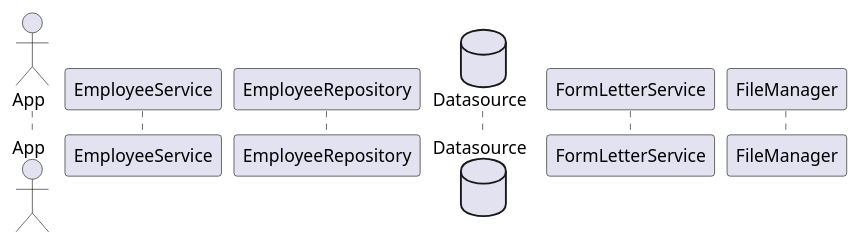
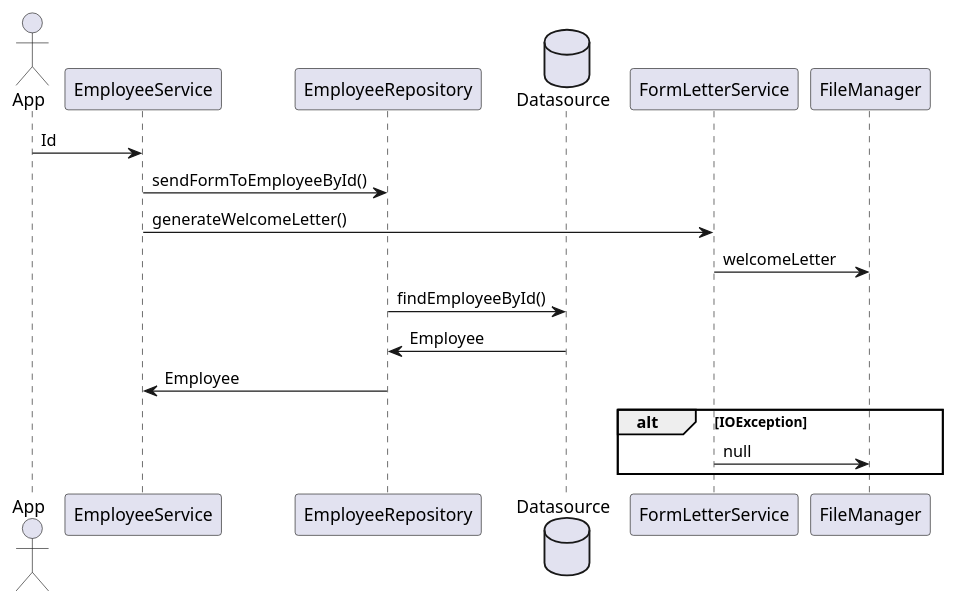
Before and after one commit to BloomTechBackend/bd-welcome-letter-VellStraggler: the diagram in build/resources/main/CreateWelcomeLetterSD.puml, drawn with PlantUML. The commit also changed 28 other files, not shown here.

```diff
--- a/build/resources/main/CreateWelcomeLetterSD.puml
+++ b/build/resources/main/CreateWelcomeLetterSD.puml
@@ -1,10 +1,23 @@
 @startuml
 
 actor App
 participant EmployeeService
 participant EmployeeRepository
 database Datasource
 participant FormLetterService
 participant FileManager
 
+App -> EmployeeService: Id
+EmployeeService -> EmployeeRepository: sendFormToEmployeeById()
+EmployeeService -> FormLetterService: generateWelcomeLetter()
+FormLetterService -> FileManager: welcomeLetter
+EmployeeRepository -> Datasource: findEmployeeById()
+EmployeeRepository <- Datasource: Employee
+EmployeeRepository -> EmployeeService: Employee
+
+alt IOException
+FormLetterService -> FileManager: null
+end
+
+
 @enduml
```
